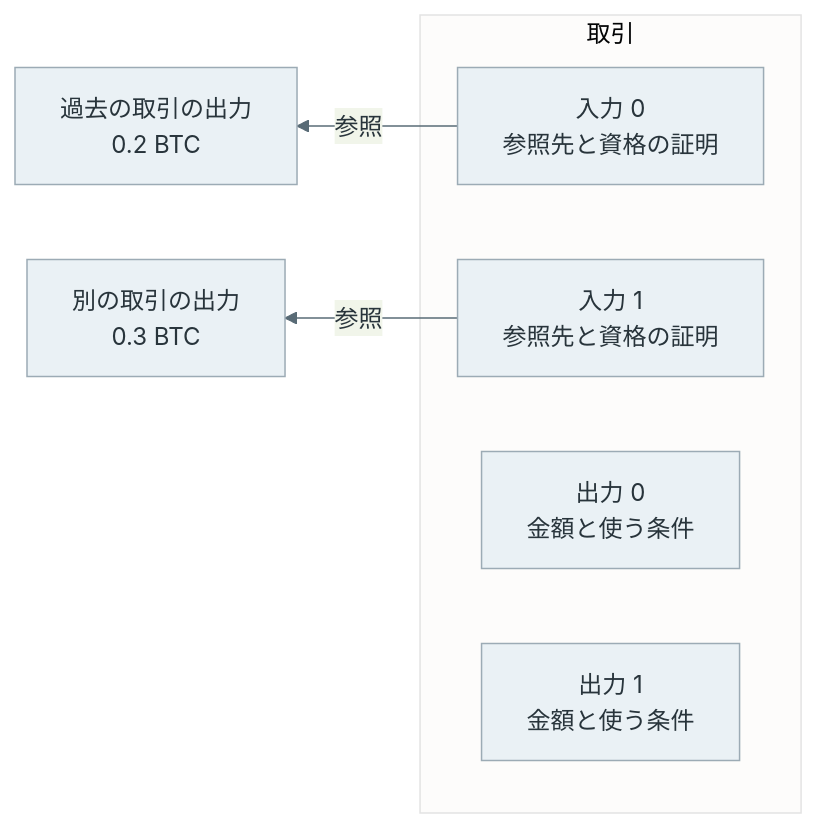
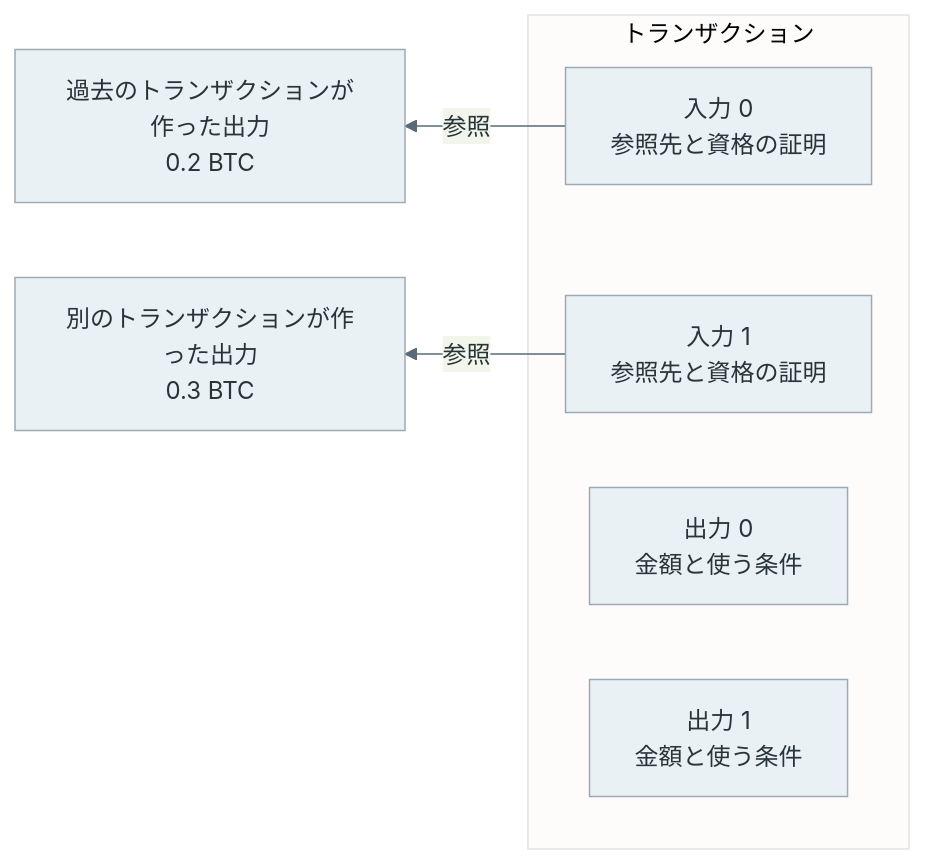
The second of 4 diagrams in content/notes/blockchain-systems/utxo/index.md (nao1215/debimate), drawn with Mermaid before and after one commit. The commit also changed other lines of this file and 129 other files, not shown here.

````diff
--- a/content/notes/blockchain-systems/utxo/index.md
+++ b/content/notes/blockchain-systems/utxo/index.md
@@ -91,13 +91,13 @@
 ```mermaid
 %%{init: {"theme":"base","themeVariables":{"primaryColor":"#eaf1f5","primaryTextColor":"#28343b","primaryBorderColor":"#9cabb5","lineColor":"#596b76","textColor":"#28343b","actorBkg":"#eaf1f5","actorBorder":"#9cabb5","actorTextColor":"#28343b","actorLineColor":"#9cabb5","signalColor":"#596b76","signalTextColor":"#28343b","noteBkgColor":"#f7f1e5","noteBorderColor":"#c5b99b","noteTextColor":"#403c32","activationBkgColor":"#edf3ef","activationBorderColor":"#9aafa1"}}}%%
 flowchart RL
-    subgraph TX["取引"]
+    subgraph TX["トランザクション"]
         I0["入力 0<br/>参照先と資格の証明"]
         I1["入力 1<br/>参照先と資格の証明"]
         O0["出力 0<br/>金額と使う条件"]
         O1["出力 1<br/>金額と使う条件"]
     end
-    I0 -->|"参照"| P0["過去の取引の出力<br/>0.2 BTC"]
-    I1 -->|"参照"| P1["別の取引の出力<br/>0.3 BTC"]
+    I0 -->|"参照"| P0["過去のトランザクションが作った出力<br/>0.2 BTC"]
+    I1 -->|"参照"| P1["別のトランザクションが作った出力<br/>0.3 BTC"]
     classDef default fill:#eaf1f5,stroke:#9cabb5,color:#28343b;
 ```
````
